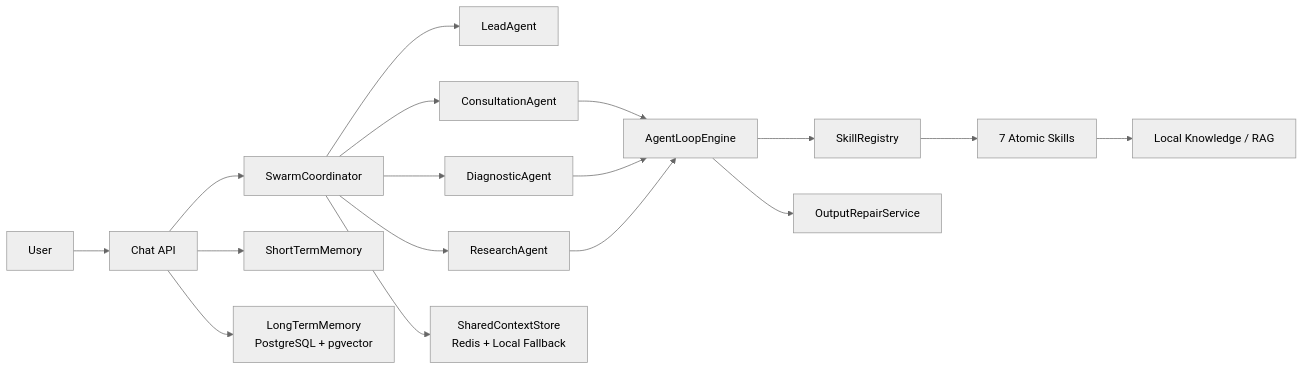
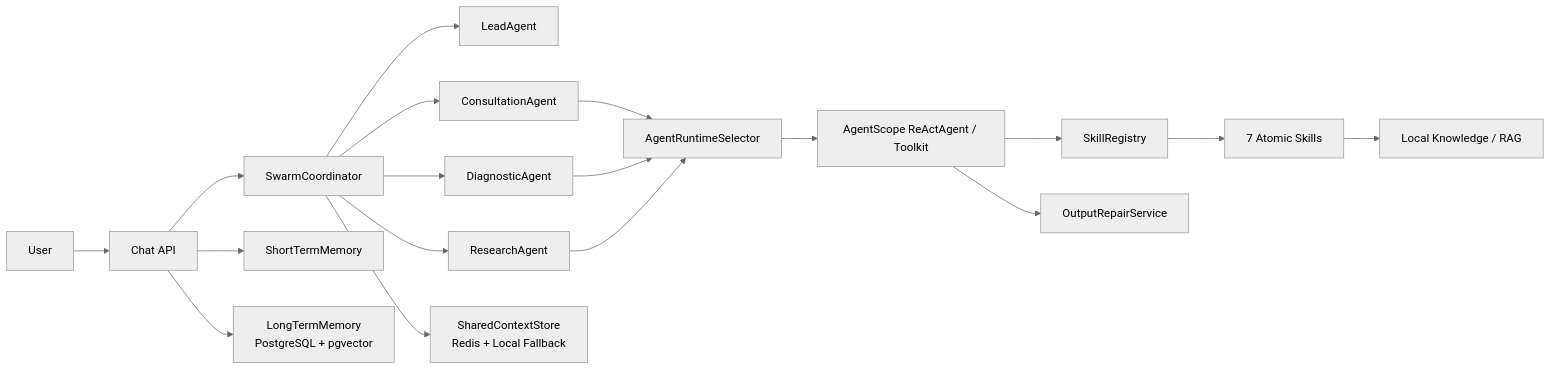
One commit to Bess509/-_Autonomous-Agents changed the diagram in medix-java/README.md. Above: the diagram before and after it, drawn with Mermaid (neutral theme). The commit also changed other lines of this file and 75 other files, not shown here.

Commit message:
意图识别+NLU+AgentScope迁移+前端界面+一键启动

````diff
--- a/medix-java/README.md
+++ b/medix-java/README.md
@@ -29,19 +28,20 @@
 ```mermaid
 flowchart LR
     User["User"] --> API["Chat API"]
     API --> Coordinator["SwarmCoordinator"]
     Coordinator --> Lead["LeadAgent"]
     Coordinator --> C["ConsultationAgent"]
     Coordinator --> D["DiagnosticAgent"]
     Coordinator --> R["ResearchAgent"]
-    C --> Loop["AgentLoopEngine"]
-    D --> Loop
-    R --> Loop
-    Loop --> Registry["SkillRegistry"]
+    C --> Runtime["AgentRuntimeSelector"]
+    D --> Runtime
+    R --> Runtime
+    Runtime --> Scope["AgentScope ReActAgent / Toolkit"]
+    Scope --> Registry["SkillRegistry"]
     Registry --> Skills["7 Atomic Skills"]
     Skills --> RAG["Local Knowledge / RAG"]
     Coordinator --> Shared["SharedContextStore<br/>Redis + Local Fallback"]
     API --> STM["ShortTermMemory"]
     API --> LTM["LongTermMemory<br/>PostgreSQL + pgvector"]
-    Loop --> Repair["OutputRepairService"]
+    Scope --> Repair["OutputRepairService"]
 ```
````
